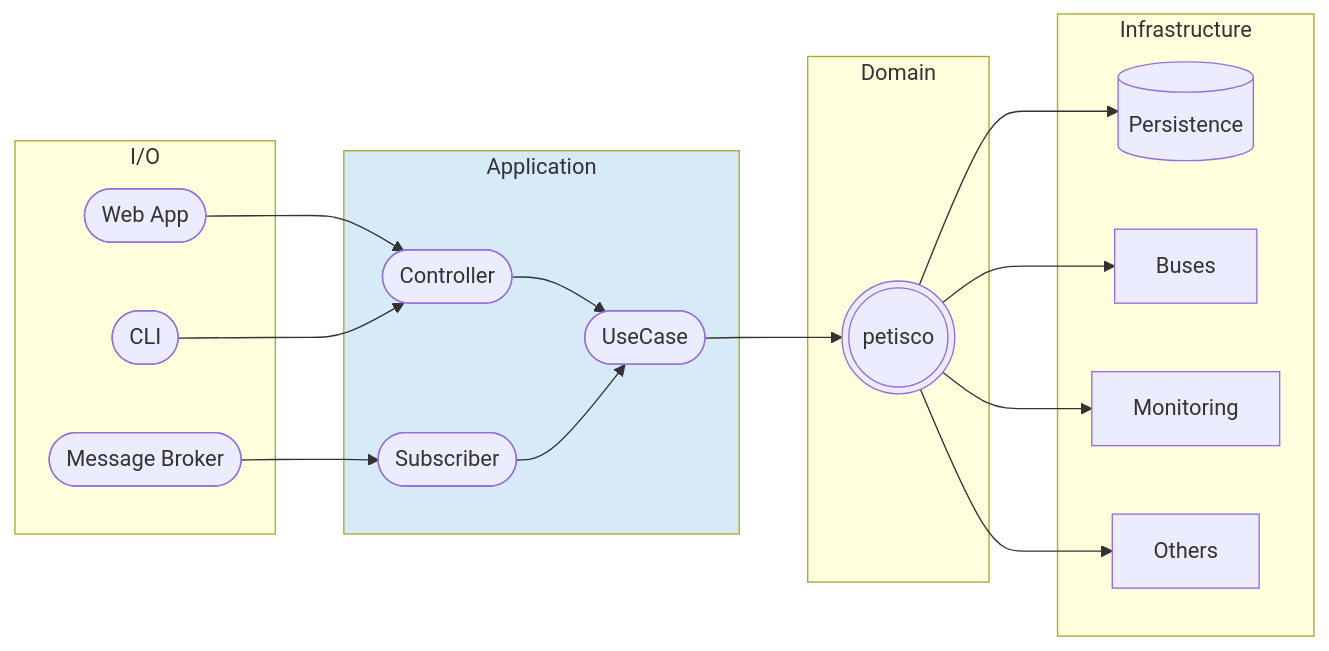
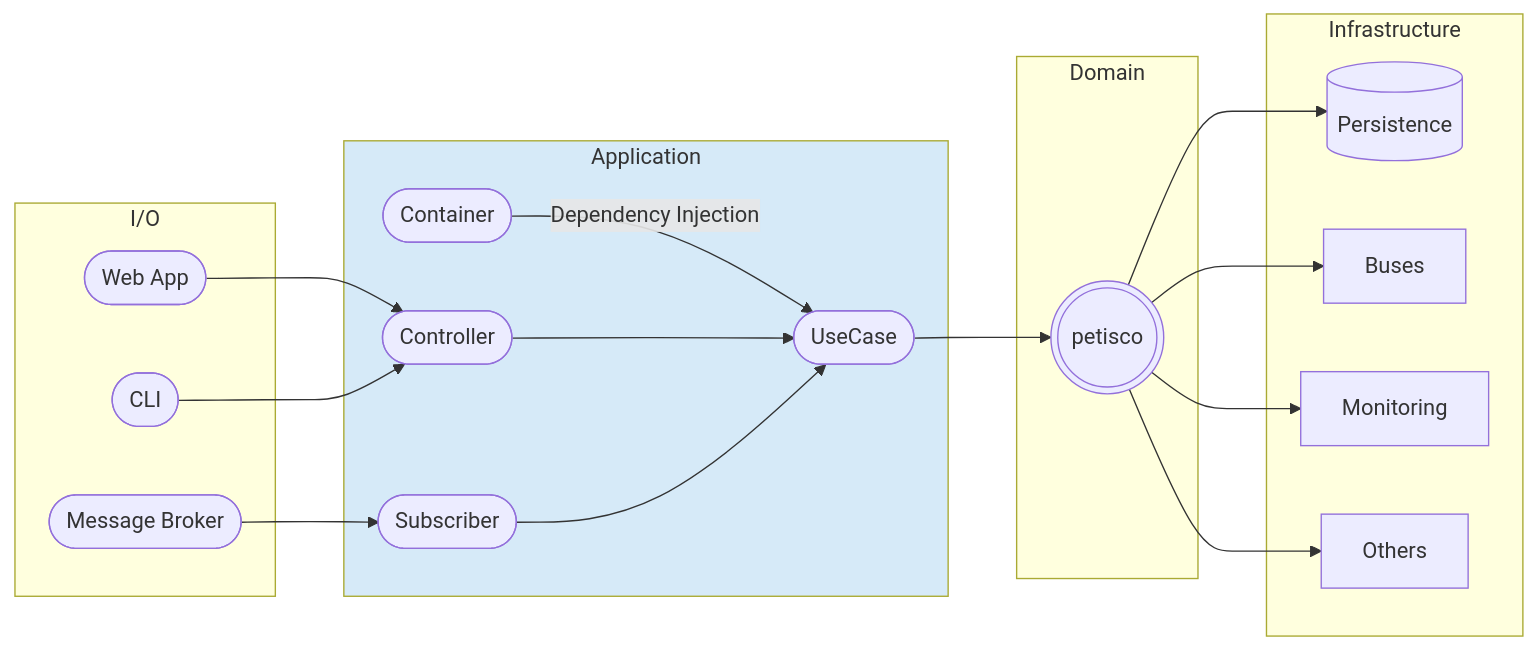
One commit to alice-biometrics/petisco changed the first of 8 diagrams in docs/application.md. Above: the diagram before and after it, drawn with Mermaid. The commit also changed other lines of this file and 3 other files, not shown here.

````diff
--- a/docs/application.md
+++ b/docs/application.md
@@ -3,37 +3,39 @@
 ```mermaid
 flowchart LR
 
 		subgraph I/O
-		cli([CLI])
-        webapp([Web App])
-        message([Message Broker])
+            cli([CLI])
+            webapp([Web App])
+            message([Message Broker])
 		end
-		
+
 		subgraph Application
-		controller([Controller])
-		usecase([UseCase])
-		subscriber([Subscriber])
-		controller --> usecase
-		subscriber --> usecase
+            dic([Container])		
+            dic-- Dependency Injection -->usecase
+            controller([Controller])
+            usecase([UseCase])
+            subscriber([Subscriber])
+            controller --> usecase
+            subscriber --> usecase
 		end
 		
 		webapp --> controller
 		cli --> controller
 		message --> subscriber
 
 		subgraph Domain
         petisco(((petisco)))
 		end
 		
 		usecase --> petisco
 
 		subgraph Infrastructure
-		Persistence[(Persistence)]
-		petisco --> Persistence
-		petisco --> Buses
-		petisco --> Monitoring
-		petisco --> Others
+            Persistence[(Persistence)]
+            petisco --> Persistence
+            petisco --> Buses
+            petisco --> Monitoring
+            petisco --> Others
 		end
 		
 		style Application fill:#D6EAF8
 ```
````
